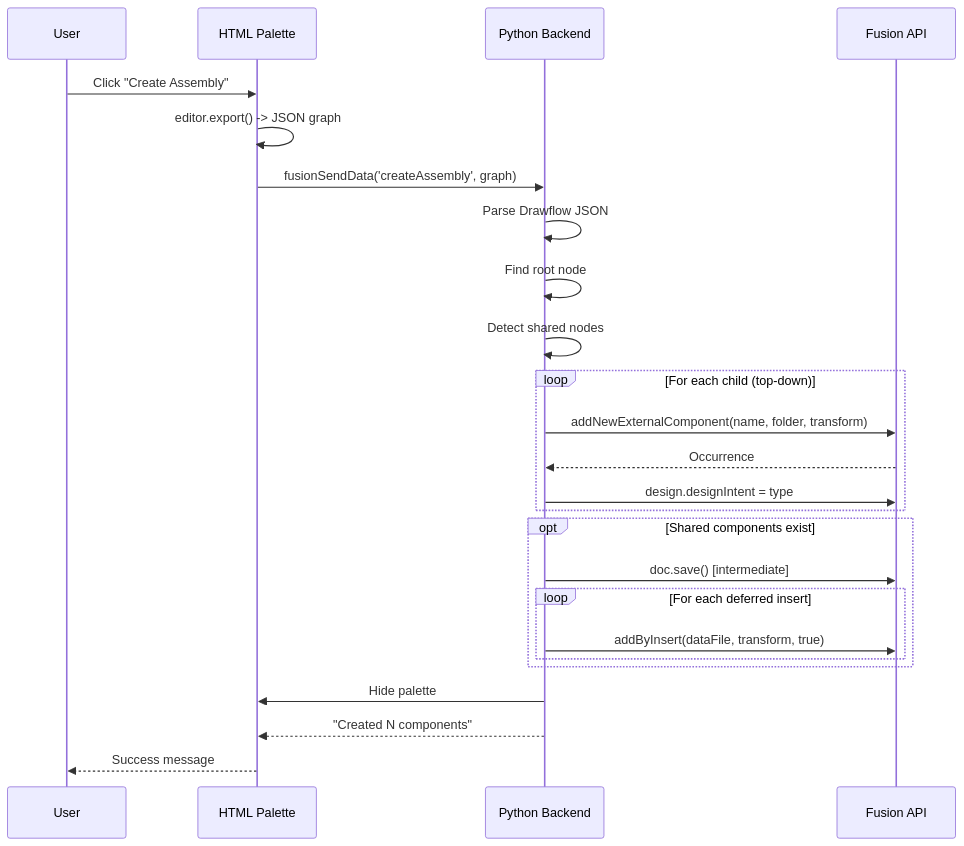
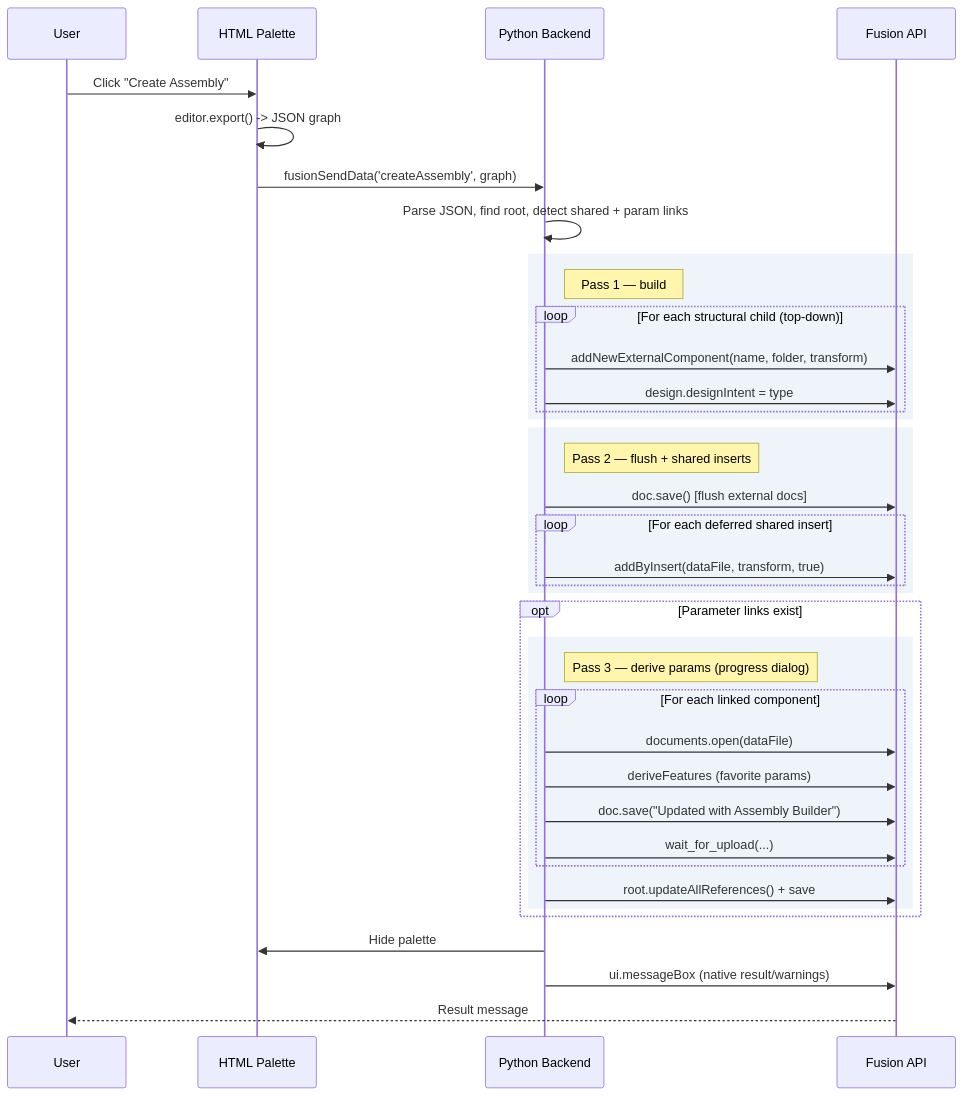
The fifth of 6 diagrams in docs/Assembly Builder.md (schneik80/PowerTools-Assembly), drawn with Mermaid before and after one commit. The commit also changed other lines of this file and 3 other files, not shown here.

````diff
--- a/docs/Assembly Builder.md
+++ b/docs/Assembly Builder.md
@@ -131,32 +148,46 @@
 ```mermaid
 sequenceDiagram
     participant User
     participant Palette as HTML Palette
     participant Python as Python Backend
     participant Fusion as Fusion API
 
     User->>Palette: Click "Create Assembly"
     Palette->>Palette: editor.export() -> JSON graph
     Palette->>Python: fusionSendData('createAssembly', graph)
 
-    Python->>Python: Parse Drawflow JSON
-    Python->>Python: Find root node
-    Python->>Python: Detect shared nodes
+    Python->>Python: Parse JSON, find root, detect shared + param links
 
-    loop For each child (top-down)
+    rect rgb(238,244,250)
+    note right of Python: Pass 1 — build
+    loop For each structural child (top-down)
         Python->>Fusion: addNewExternalComponent(name, folder, transform)
-        Fusion-->>Python: Occurrence
         Python->>Fusion: design.designIntent = type
     end
+    end
 
-    opt Shared components exist
-        Python->>Fusion: doc.save() [intermediate]
-        loop For each deferred insert
-            Python->>Fusion: addByInsert(dataFile, transform, true)
-        end
+    rect rgb(238,244,250)
+    note right of Python: Pass 2 — flush + shared inserts
+    Python->>Fusion: doc.save() [flush external docs]
+    loop For each deferred shared insert
+        Python->>Fusion: addByInsert(dataFile, transform, true)
+    end
+    end
+
+    opt Parameter links exist
+    rect rgb(238,244,250)
+    note right of Python: Pass 3 — derive params (progress dialog)
+    loop For each linked component
+        Python->>Fusion: documents.open(dataFile)
+        Python->>Fusion: deriveFeatures (favorite params)
+        Python->>Fusion: doc.save("Updated with Assembly Builder")
+        Python->>Fusion: wait_for_upload(...)
+    end
+    Python->>Fusion: root.updateAllReferences() + save
+    end
     end
 
     Python->>Palette: Hide palette
-    Python-->>Palette: "Created N components"
-    Palette-->>User: Success message
+    Python->>Fusion: ui.messageBox (native result/warnings)
+    Fusion-->>User: Result message
 ```
````
